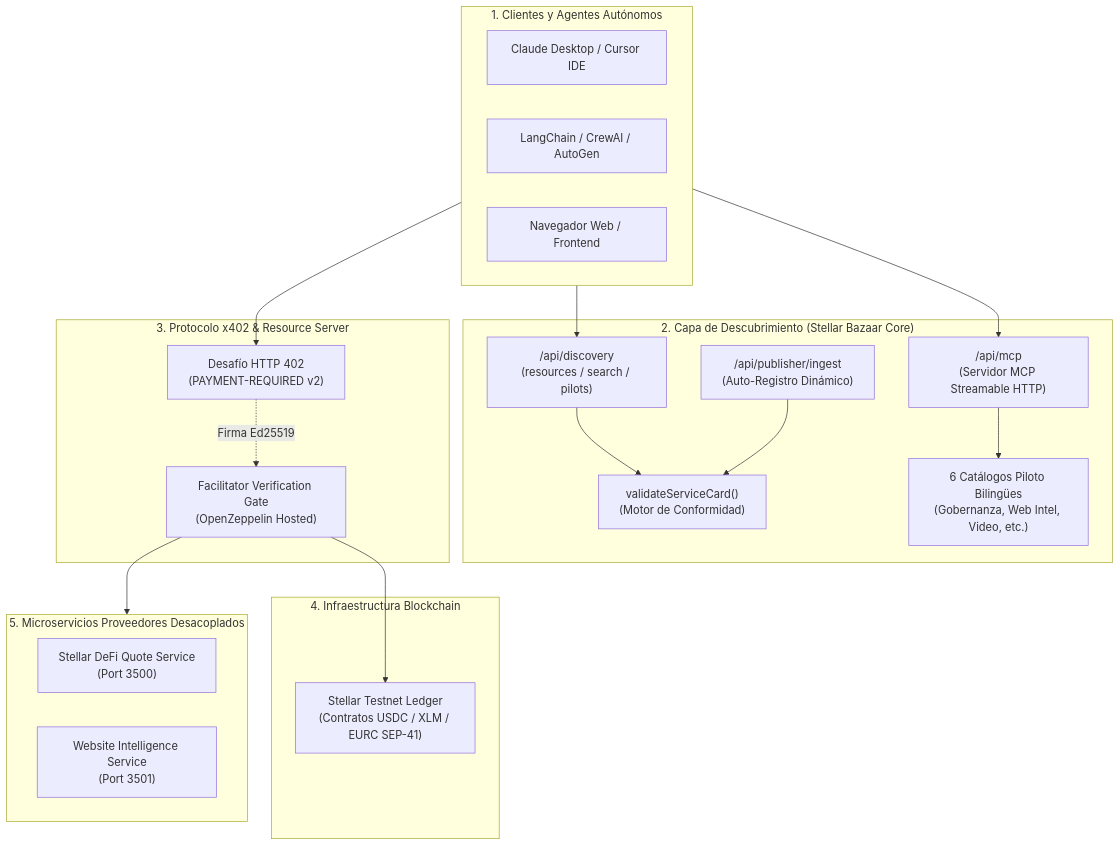
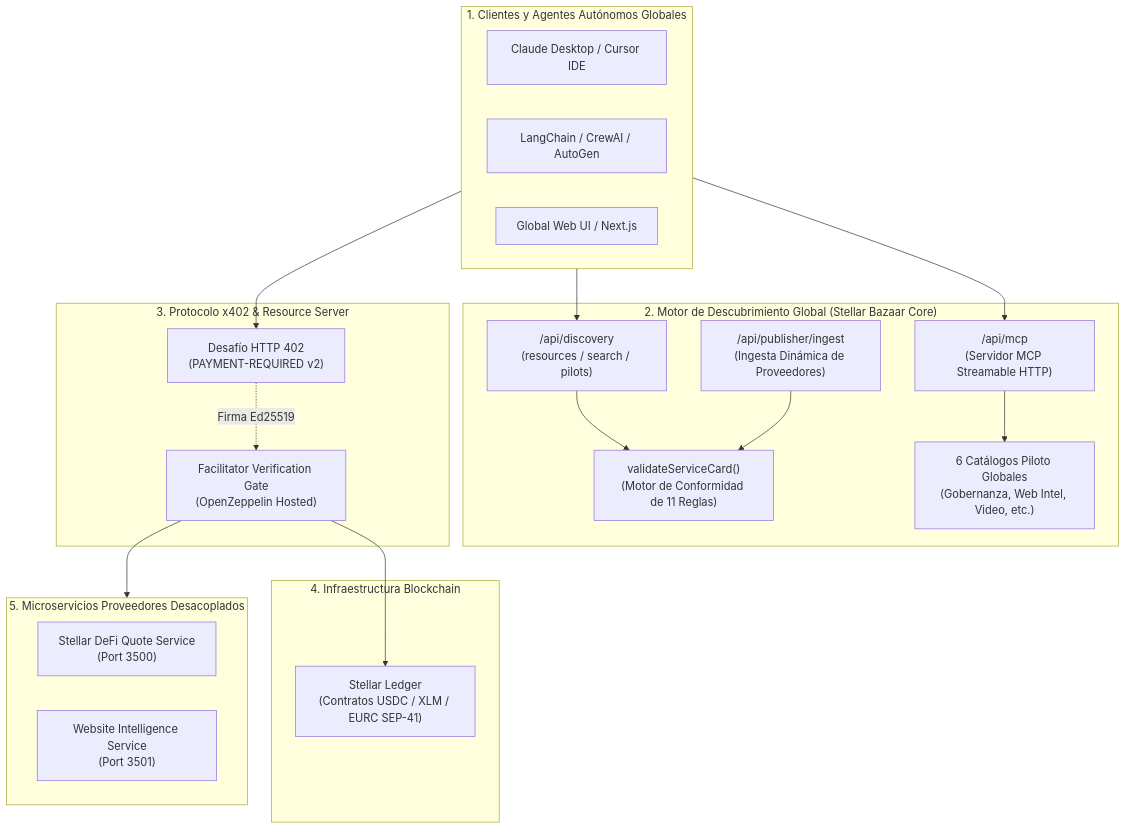
One commit to CaBsCrypto/stellar-bazaar-x402 changed the first of 2 diagrams in README.es.md. Above: the diagram before and after it, drawn with Mermaid. The commit also changed other lines of this file and 1 other file, not shown here.

Commit message:
docs: reposition to Global-First AI Agent Economy on Stellar

````diff
--- a/README.es.md
+++ b/README.es.md
@@ -49,41 +49,41 @@
 ```mermaid
 flowchart TD
-    subgraph Clients["1. Clientes y Agentes Autónomos"]
+    subgraph Clients["1. Clientes y Agentes Autónomos Globales"]
         Claude["Claude Desktop / Cursor IDE"]
         LangChain["LangChain / CrewAI / AutoGen"]
-        WebUI["Navegador Web / Frontend"]
+        WebUI["Global Web UI / Next.js"]
     end
 
-    subgraph Bazaar["2. Capa de Descubrimiento (Stellar Bazaar Core)"]
+    subgraph Bazaar["2. Motor de Descubrimiento Global (Stellar Bazaar Core)"]
         MCPServer["/api/mcp<br/>(Servidor MCP Streamable HTTP)"]
         RESTDiscovery["/api/discovery<br/>(resources / search / pilots)"]
-        Validator["validateServiceCard()<br/>(Motor de Conformidad)"]
-        DynamicRegistry["/api/publisher/ingest<br/>(Auto-Registro Dinámico)"]
-        PilotCatalog["6 Catálogos Piloto Bilingües<br/>(Gobernanza, Web Intel, Video, etc.)"]
+        Validator["validateServiceCard()<br/>(Motor de Conformidad de 11 Reglas)"]
+        DynamicRegistry["/api/publisher/ingest<br/>(Ingesta Dinámica de Proveedores)"]
+        PilotCatalog["6 Catálogos Piloto Globales<br/>(Gobernanza, Web Intel, Video, etc.)"]
     end
 
     subgraph x402Layer["3. Protocolo x402 & Resource Server"]
         Challenge402["Desafío HTTP 402<br/>(PAYMENT-REQUIRED v2)"]
         FacilitatorGate["Facilitator Verification Gate<br/>(OpenZeppelin Hosted)"]
     end
 
     subgraph Settlement["4. Infraestructura Blockchain"]
-        Testnet["Stellar Testnet Ledger<br/>(Contratos USDC / XLM / EURC SEP-41)"]
+        Testnet["Stellar Ledger<br/>(Contratos USDC / XLM / EURC SEP-41)"]
     end
 
     subgraph Providers["5. Microservicios Proveedores Desacoplados"]
         DeFiService["Stellar DeFi Quote Service<br/>(Port 3500)"]
         WebIntelService["Website Intelligence Service<br/>(Port 3501)"]
     end
 
     Clients --> MCPServer
     Clients --> RESTDiscovery
     RESTDiscovery --> Validator
     MCPServer --> PilotCatalog
     DynamicRegistry --> Validator
 
     Clients --> Challenge402
     Challenge402 -. "Firma Ed25519" .-> FacilitatorGate
     FacilitatorGate --> Testnet
     FacilitatorGate --> Providers
 ```
````
